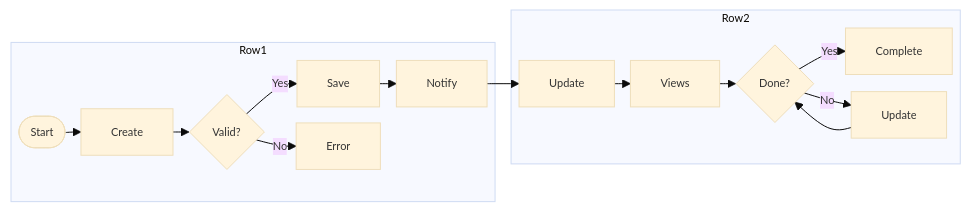
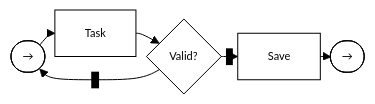
The diagram in diagrams/activity.mmd (ritiku2004/Zira-Project-details), drawn with Mermaid before and after one commit. The commit also changed 2 other files, not shown here.

Commit message:
Diagrames added

```diff
--- a/diagrams/activity.mmd
+++ b/diagrams/activity.mmd
@@ -1,13 +1,12 @@
-%%{init: {"theme":"base","flowchart": {"nodeSpacing": 16, "rankSpacing": 16, "curve":"basis"}, "themeVariables": {"fontSize": "11px"}}}%%
+%%{init: {"theme":"base", "flowchart": {"nodeSpacing": 10, "rankSpacing": 10}, "themeVariables": {"fontSize": "11px", "fontFamily": "arial", "primaryColor": "#000000", "primaryTextColor": "#000000", "lineColor": "#000000", "tertiaryColor": "#fff"}}}%%
 flowchart LR
-  subgraph Row1
-    Start([Start]) --> Create[Create] --> Valid{Valid?}
-    Valid -->|Yes| Save[Save] --> Notify[Notify]
-    Valid -->|No| Error[Error]
-  end
-  subgraph Row2
-    Notify --> Update[Update] --> Views[Views] --> Loop{Done?}
-    Loop -->|Yes| Done[Complete]
-    Loop -->|No| Status[Update]
-    Status --> Loop
-  end
+  classDef basic fill:#fff,stroke:#000,color:#000,font-size:11px
+  classDef diamond fill:#fff,stroke:#000,color:#000,font-size:11px
+
+  Start([→]) --> Task[Task] --> Valid{Valid?}
+  Valid -->|Y| Save[Save]
+  Valid -->|N| Start
+  Save --> Done([→])
+
+  class Start,Task,Save basic
+  class Valid diamond
```
